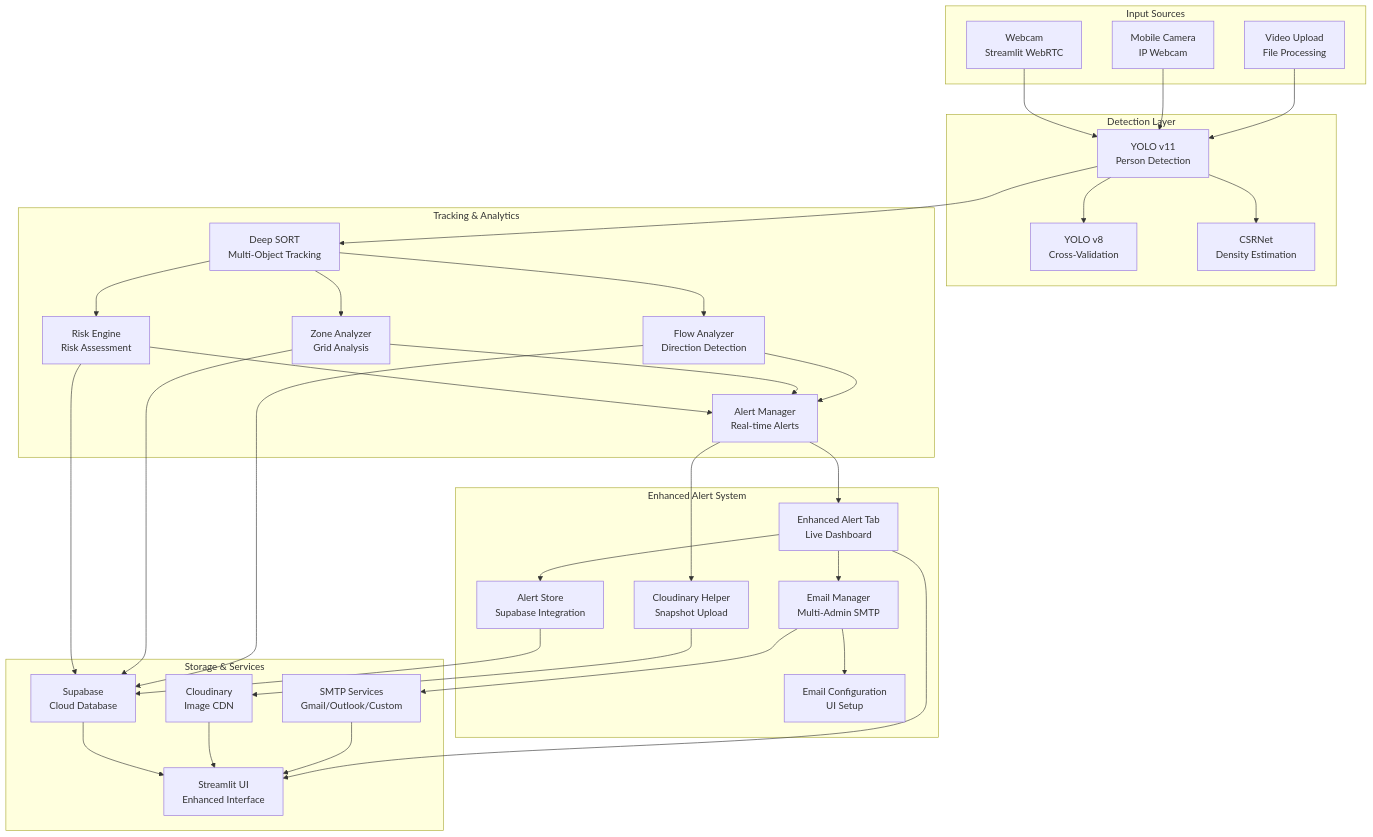
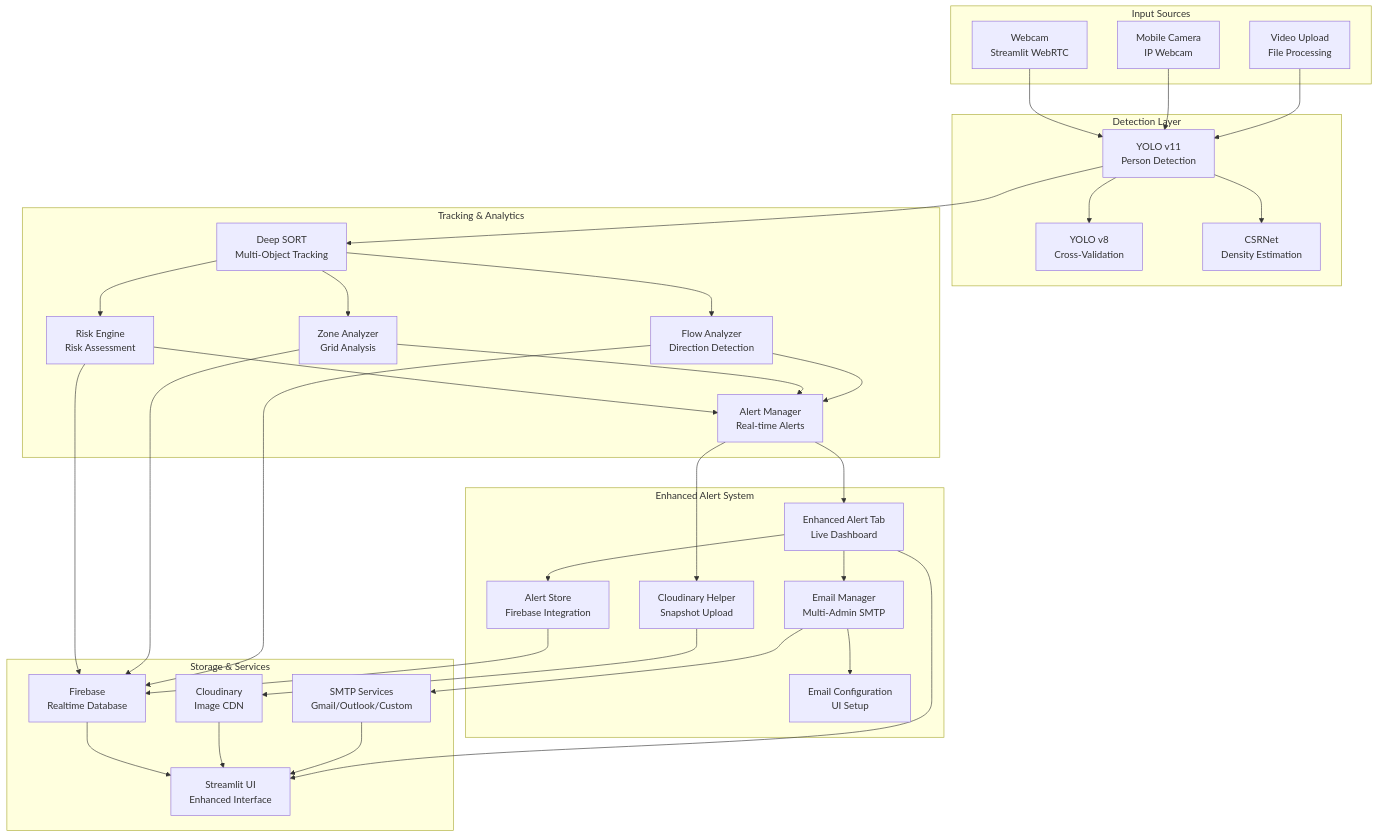
One commit to SURIYA-PRAKASH-E-S/CrowdIQ changed the diagram in README.md. Above: the diagram before and after it, drawn with Mermaid. The commit also changed other lines of this file and 16 other files, not shown here.

````diff
--- a/README.md
+++ b/README.md
@@ -131,68 +131,68 @@
 ```mermaid
 graph TB
     subgraph "Input Sources"
         A[Webcam<br/>Streamlit WebRTC]
         B[Mobile Camera<br/>IP Webcam]
         C[Video Upload<br/>File Processing]
     end
 
     subgraph "Detection Layer"
         D[YOLO v11<br/>Person Detection]
         E[YOLO v8<br/>Cross-Validation]
         F[CSRNet<br/>Density Estimation]
     end
 
     subgraph "Tracking & Analytics"
         G[Deep SORT<br/>Multi-Object Tracking]
         H[Risk Engine<br/>Risk Assessment]
         I[Zone Analyzer<br/>Grid Analysis]
         J[Flow Analyzer<br/>Direction Detection]
         K[Alert Manager<br/>Real-time Alerts]
     end
 
     subgraph "Enhanced Alert System"
         L[Enhanced Alert Tab<br/>Live Dashboard]
-        M[Alert Store<br/>Supabase Integration]
+        M[Alert Store<br/>Firebase Integration]
         N[Email Manager<br/>Multi-Admin SMTP]
         O[Cloudinary Helper<br/>Snapshot Upload]
         P[Email Configuration<br/>UI Setup]
     end
 
     subgraph "Storage & Services"
-        Q[Supabase<br/>Cloud Database]
+        Q[Firebase<br/>Realtime Database]
         R[Cloudinary<br/>Image CDN]
         S[SMTP Services<br/>Gmail/Outlook/Custom]
         T[Streamlit UI<br/>Enhanced Interface]
     end
 
     A --> D
     B --> D
     C --> D
     D --> E
     D --> F
     D --> G
     G --> H
     G --> I
     G --> J
     H --> K
     I --> K
     J --> K
     
     K --> L
     L --> M
     L --> N
     K --> O
     N --> P
     
     M --> Q
     O --> R
     N --> S
     
     H --> Q
     I --> Q
     J --> Q
     Q --> T
     R --> T
     S --> T
     L --> T
 ```
````
